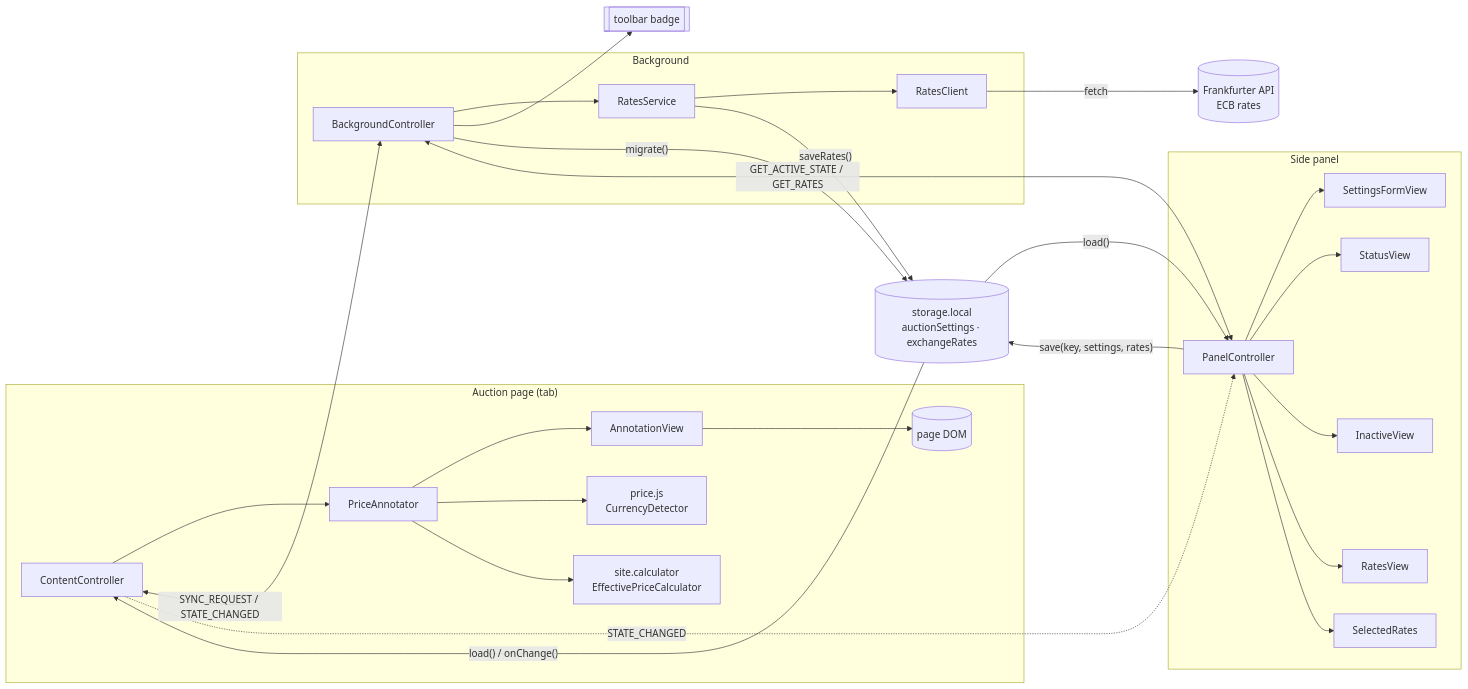
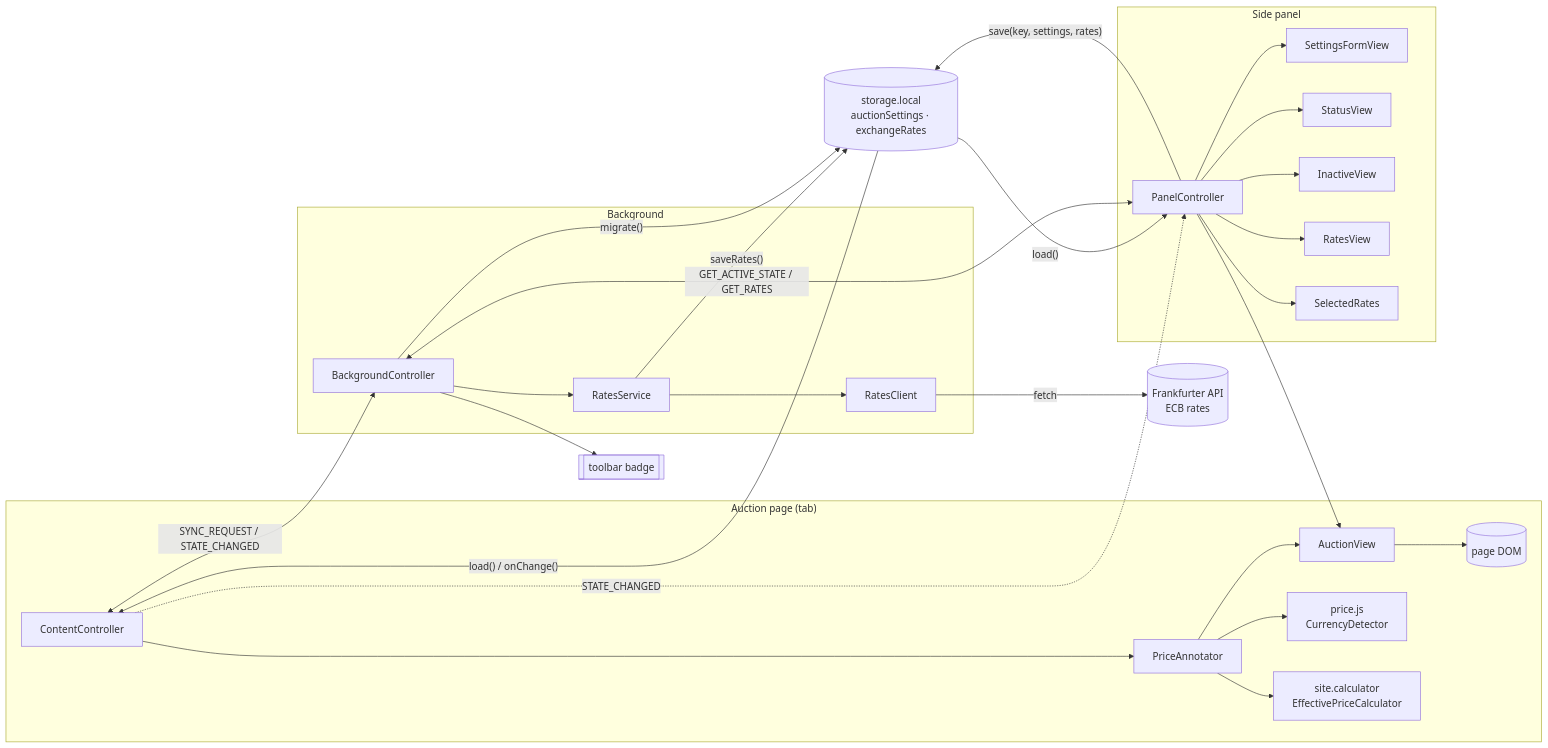
The second of 7 diagrams in docs/architecture.md (radyak/minerva-browserplugin), drawn with Mermaid before and after one commit. The commit also changed other lines of this file and 10 other files, not shown here.

````diff
--- a/docs/architecture.md
+++ b/docs/architecture.md
@@ -58,44 +58,45 @@
 ```mermaid
 flowchart LR
   subgraph page["Auction page (tab)"]
     DOM[("page DOM")]
     CC["ContentController"]
     PA["PriceAnnotator"]
     AV["AnnotationView"]
     CC --> PA --> AV --> DOM
     PA --> PRICE["price.js<br/>CurrencyDetector"]
     PA --> CALC["site.calculator<br/>EffectivePriceCalculator"]
   end
 
   subgraph bg["Background"]
     BC["BackgroundController"]
     RS["RatesService"]
     RC["RatesClient"]
     BC --> RS --> RC
   end
 
   subgraph panel["Side panel"]
     PC["PanelController"]
     SFV["SettingsFormView"]
     SV["StatusView"]
+    AV["AuctionView"]
     IV["InactiveView"]
     RV["RatesView"]
     SR["SelectedRates"]
-    PC --> SFV & SV & IV & RV & SR
+    PC --> SFV & SV & AV & IV & RV & SR
   end
 
   STORE[("storage.local<br/>auctionSettings · exchangeRates")]
   API[("Frankfurter API<br/>ECB rates")]
   BADGE[["toolbar badge"]]
 
   RC -->|fetch| API
   BC --> BADGE
   CC <-->|"SYNC_REQUEST / STATE_CHANGED"| BC
   CC -.->|STATE_CHANGED| PC
   PC <-->|"GET_ACTIVE_STATE / GET_RATES"| BC
   PC -->|"save(key, settings, rates)"| STORE
   RS -->|"saveRates()"| STORE
   STORE -->|"load() / onChange()"| CC
   STORE -->|"load()"| PC
   BC -->|"migrate()"| STORE
 ```
````
